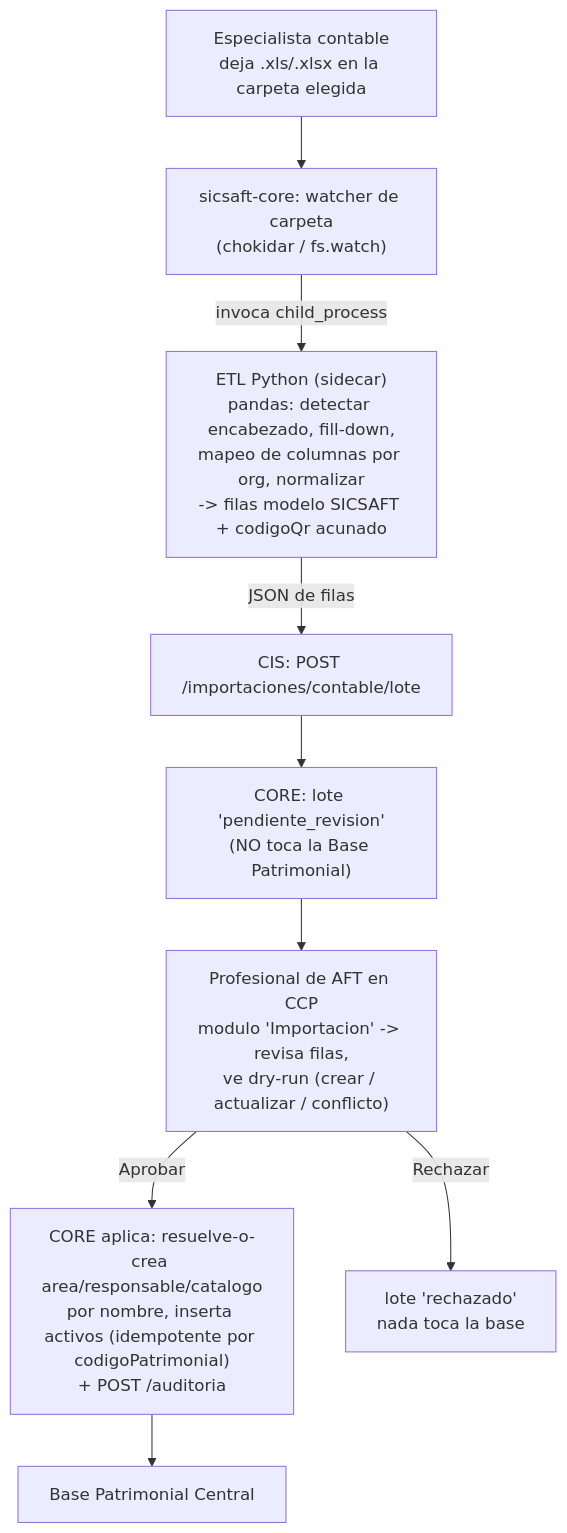
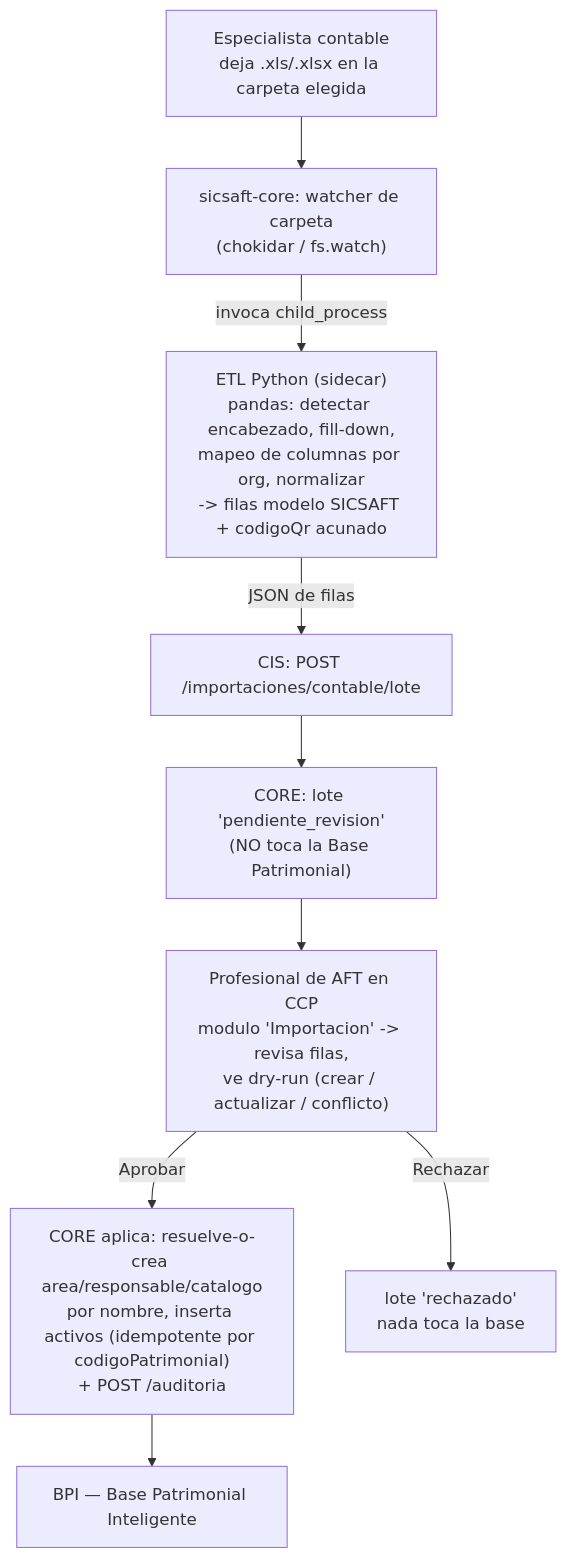
The diagram in aidlc-docs/ccp/design-artifacts/DOC-029-endurecimiento-ccp-cliente-real.md (jhonabruzzi278/SICSAFT), drawn with Mermaid before and after one commit. The commit also changed 20 other files, not shown here.

````diff
--- a/aidlc-docs/ccp/design-artifacts/DOC-029-endurecimiento-ccp-cliente-real.md
+++ b/aidlc-docs/ccp/design-artifacts/DOC-029-endurecimiento-ccp-cliente-real.md
@@ -146,11 +146,11 @@
 ```mermaid
 flowchart TD
     Esp["Especialista contable\ndeja .xls/.xlsx en la carpeta elegida"] --> Watcher["sicsaft-core: watcher de carpeta\n(chokidar / fs.watch)"]
     Watcher -->|"invoca child_process"| ETL["ETL Python (sidecar)\npandas: detectar encabezado, fill-down,\nmapeo de columnas por org, normalizar\n-> filas modelo SICSAFT + codigoQr acunado"]
     ETL -->|"JSON de filas"| CIS["CIS: POST /importaciones/contable/lote"]
     CIS --> Staging["CORE: lote 'pendiente_revision'\n(NO toca la Base Patrimonial)"]
     Staging --> Rev["Profesional de AFT en CCP\nmodulo 'Importacion' -> revisa filas,\nve dry-run (crear / actualizar / conflicto)"]
     Rev -->|Aprobar| Aplica["CORE aplica: resuelve-o-crea area/responsable/catalogo\npor nombre, inserta activos (idempotente por codigoPatrimonial)\n+ POST /auditoria"]
     Rev -->|Rechazar| Rechazado["lote 'rechazado'\nnada toca la base"]
-    Aplica --> BPI["Base Patrimonial Central"]
+    Aplica --> BPI["BPI — Base Patrimonial Inteligente"]
 ```
````
